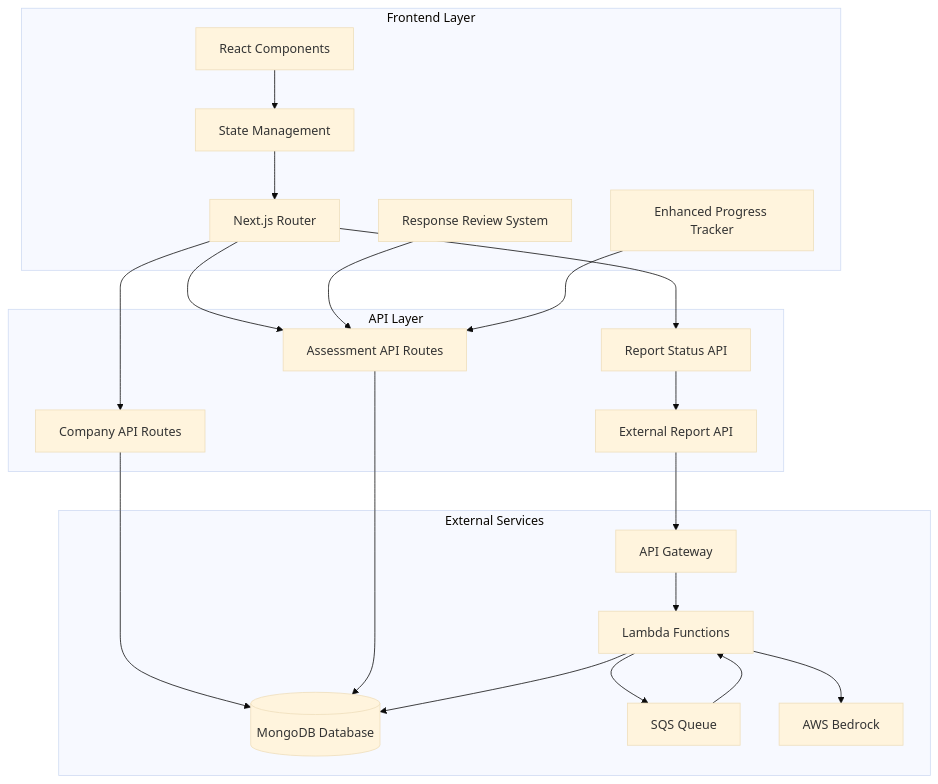
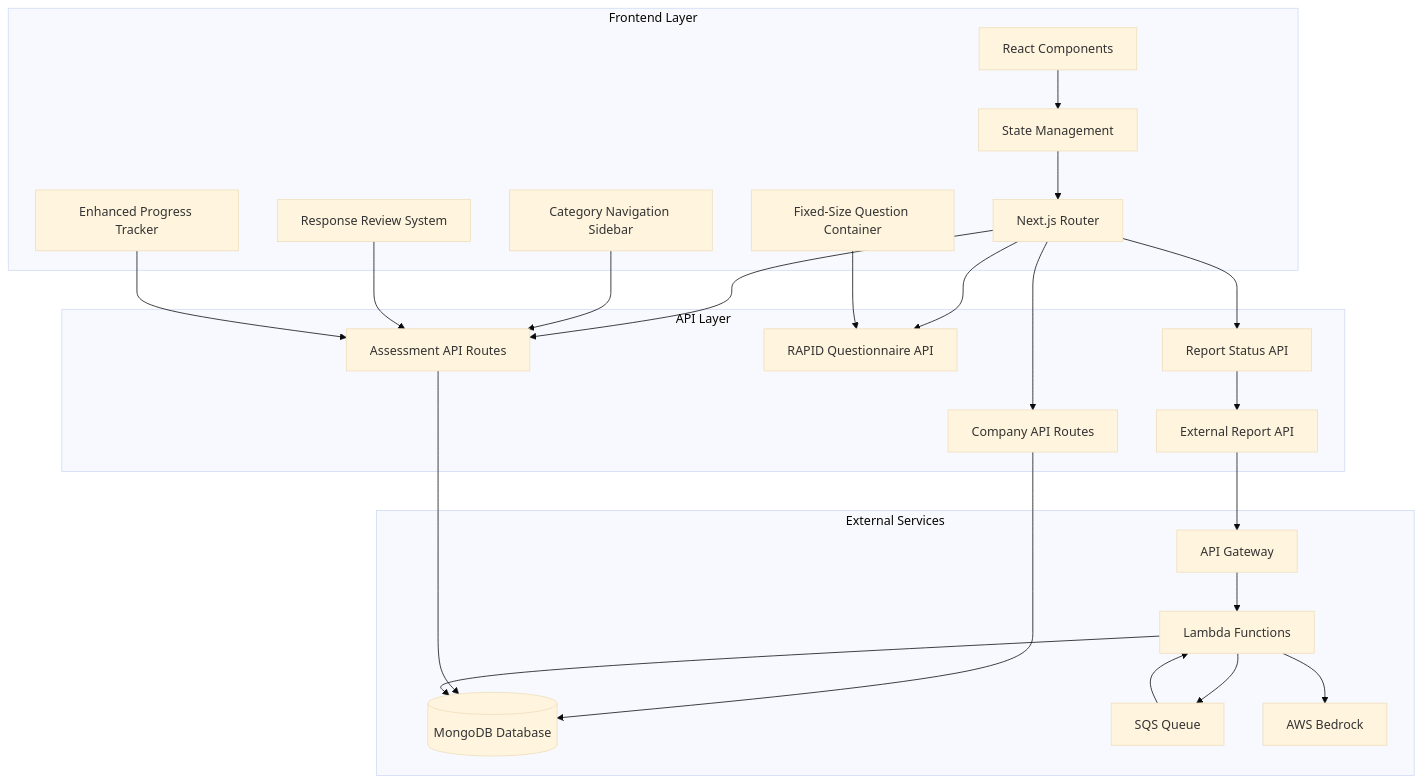
Before and after one commit to NexusLab-Technology/ai_assessment: the first of 2 diagrams in .kiro/specs/ai-assessment/design.md, drawn with Mermaid (base theme). The commit also changed other lines of this file and 3 other files, not shown here.

First line of the commit message:
feat: Update AI Assessment spec with RAPID questionnaire integration

````diff
--- a/.kiro/specs/ai-assessment/design.md
+++ b/.kiro/specs/ai-assessment/design.md
@@ -18,45 +33,51 @@
 ```mermaid
 graph TB
     subgraph "Frontend Layer"
         UI[React Components]
         State[State Management]
         Router[Next.js Router]
+        CategoryNav[Category Navigation Sidebar]
+        FixedQuestionContainer[Fixed-Size Question Container]
         ReviewSystem[Response Review System]
         ProgressTracker[Enhanced Progress Tracker]
     end
     
     subgraph "API Layer"
         CompanyAPI[Company API Routes]
         AssessmentAPI[Assessment API Routes]
+        QuestionnaireAPI[RAPID Questionnaire API]
         ReportAPI[Report Status API]
         ExternalAPI[External Report API]
     end
     
     subgraph "External Services"
         MongoDB[(MongoDB Database)]
         APIGateway[API Gateway]
         Lambda[Lambda Functions]
         SQS[SQS Queue]
         Bedrock[AWS Bedrock]
     end
     
     UI --> State
     State --> Router
     Router --> CompanyAPI
     Router --> AssessmentAPI
+    Router --> QuestionnaireAPI
     Router --> ReportAPI
     
+    CategoryNav --> AssessmentAPI
+    FixedQuestionContainer --> QuestionnaireAPI
     ReviewSystem --> AssessmentAPI
     ProgressTracker --> AssessmentAPI
     
     CompanyAPI --> MongoDB
     AssessmentAPI --> MongoDB
     ReportAPI --> ExternalAPI
     
     ExternalAPI --> APIGateway
     APIGateway --> Lambda
     Lambda --> MongoDB
     Lambda --> SQS
     SQS --> Lambda
     Lambda --> Bedrock
 ```
````
